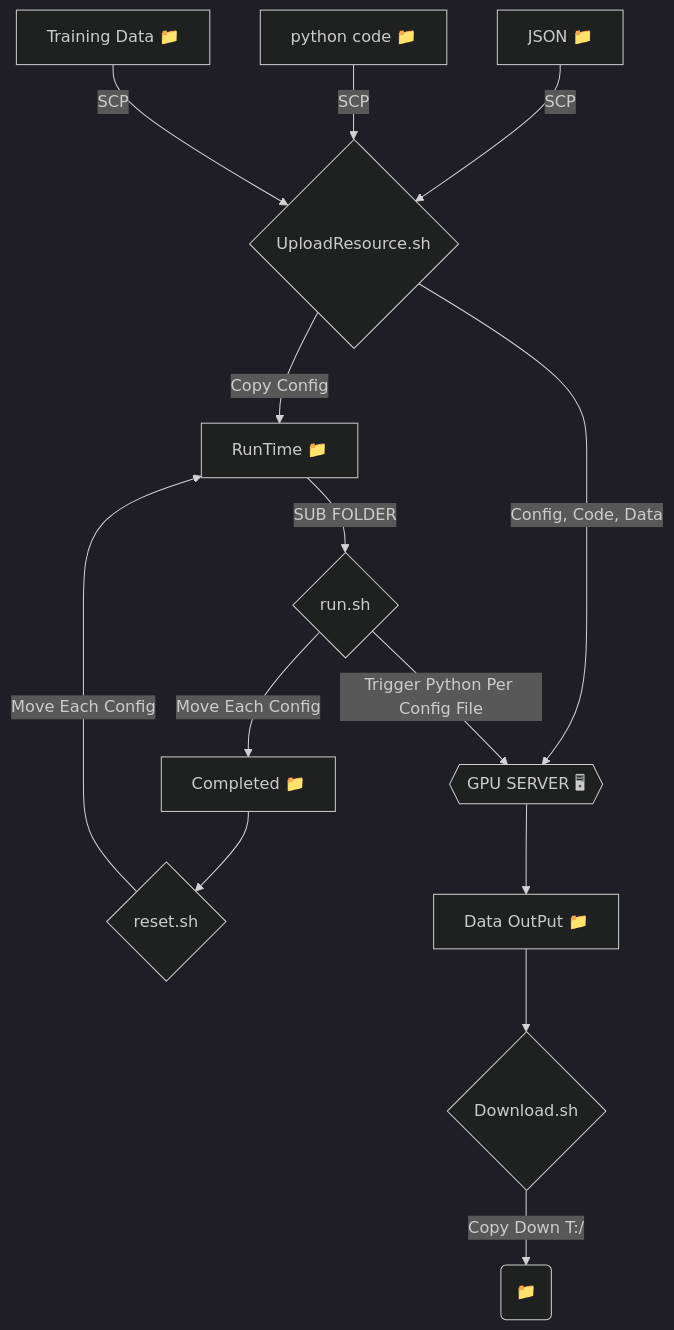
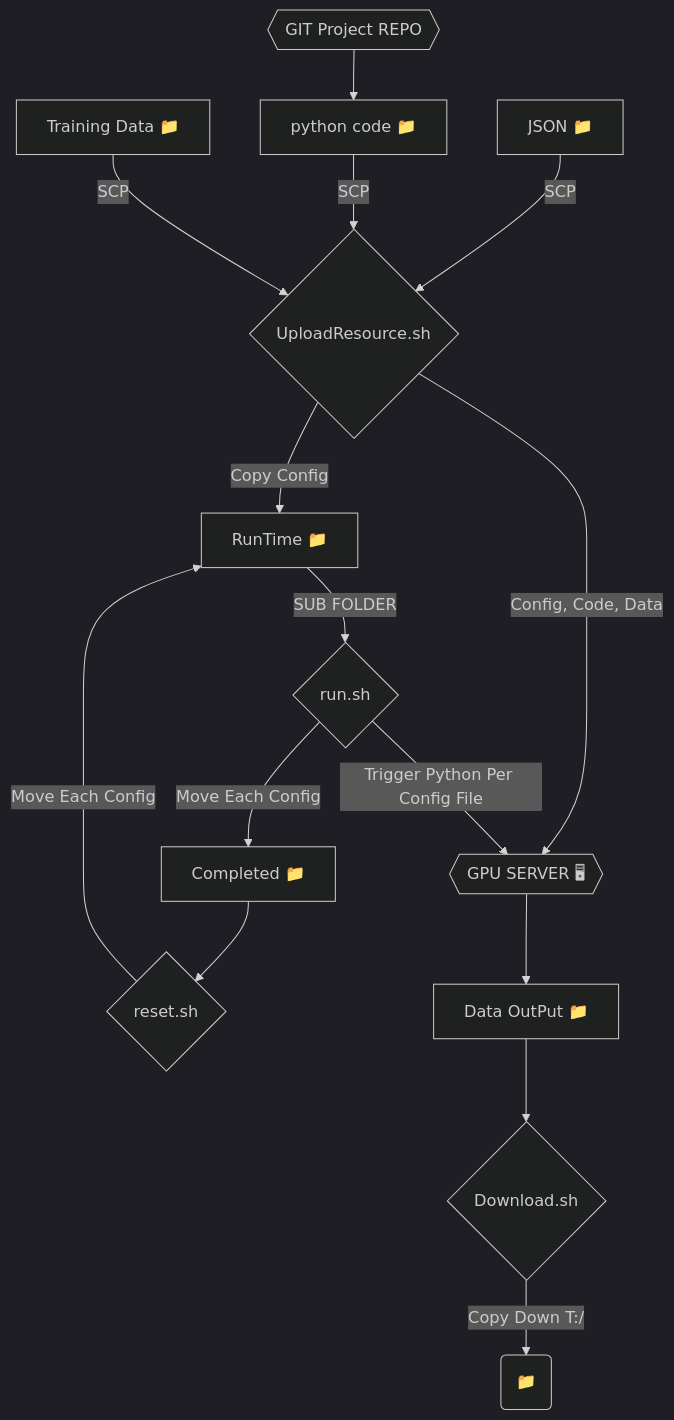
Before and after one commit to hung135/gpu_tasker: the diagram in flow_chart.md, drawn with Mermaid (dark theme).

````diff
--- a/flow_chart.md
+++ b/flow_chart.md
@@ -2,23 +2,25 @@
 ```mermaid
 graph TD
+
+    AA{{GIT Project REPO}}-->B
     A["JSON #128193;"] -->|SCP| F
     B -->|SCP| F
     C -->|SCP| F   
     B["python code #128193;"]
     C["Training Data #128193;"]
     D["RunTime #128193;"] 
     E["Completed #128193;"]-->L
     F{UploadResource.sh}-->|Config, Code, Data|G
     F -->|Copy Config|D
     G{{"GPU SERVER #128421;"}}
     H{run.sh}-->|Move Each Config|E 
     H-->|Trigger Python Per Config File|G 
     D -->|SUB FOLDER| H
     G-->II["Data OutPut #128193;"]-->I
     I{Download.sh}-->|"Copy Down T:/"|J
     J("#128193;")
       L{reset.sh}-->|Move Each Config|D
     
     
     
 ```
````
